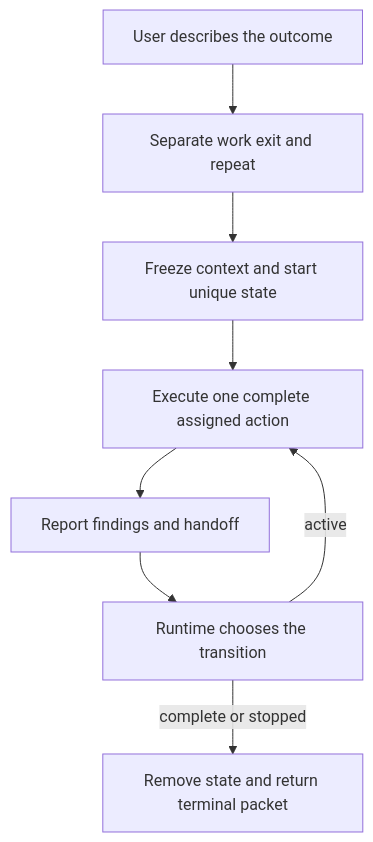
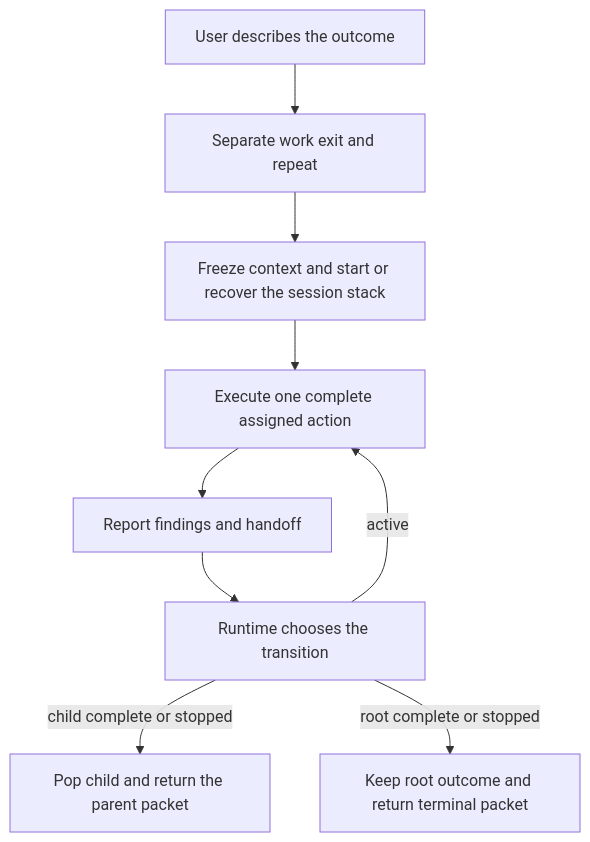
One commit to whichguy/until-loop changed the first of 6 diagrams in README.md. Above: the diagram before and after it, drawn with Mermaid. The commit also changed other lines of this file and 29 other files, not shown here.

````diff
--- a/README.md
+++ b/README.md
@@ -3,10 +3,11 @@
 ```mermaid
 flowchart TD
     Request[User describes the outcome] --> Split[Separate work exit and repeat]
-    Split --> Start[Freeze context and start unique state]
+    Split --> Start[Freeze context and start or recover the session stack]
     Start --> Action[Execute one complete assigned action]
     Action --> Report[Report findings and handoff]
     Report --> Decide[Runtime chooses the transition]
     Decide -->|active| Action
-    Decide -->|complete or stopped| Terminal[Remove state and return terminal packet]
+    Decide -->|child complete or stopped| Parent[Pop child and return the parent packet]
+    Decide -->|root complete or stopped| Terminal[Keep root outcome and return terminal packet]
 ```
````
